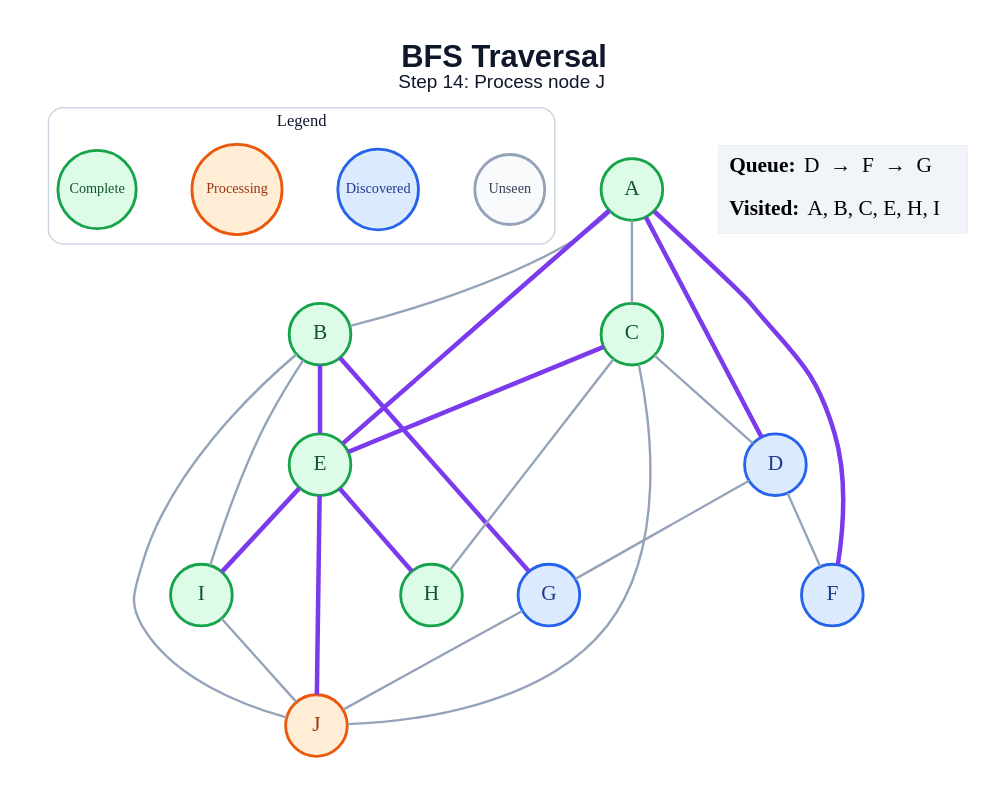
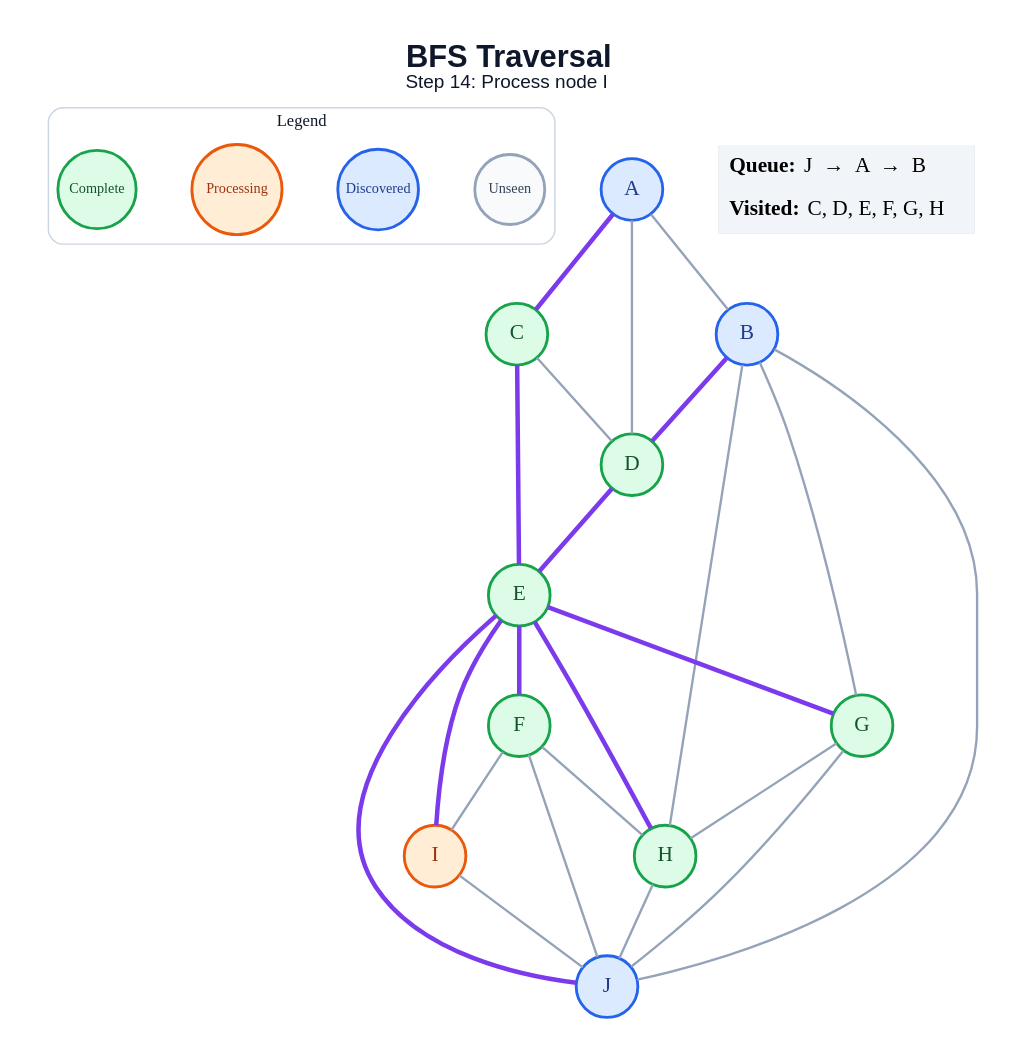
Before and after one commit to amanghodawala9/ai-slop: the diagram in generated/specific-node/bfs/step_14.dot, drawn with Graphviz. The commit also changed 178 other files, not shown here.

```diff
--- a/generated/specific-node/bfs/step_14.dot
+++ b/generated/specific-node/bfs/step_14.dot
@@ -1,49 +1,51 @@
 graph traversal {
   graph [layout=dot, rankdir=TB, bgcolor="#FFFFFF", pad="0.35", nodesep="0.65", ranksep="0.8", fontname="Arial"];
   node [shape=circle, style="filled", fontname="Arial Bold", fontsize=18, width=0.72, fixedsize=true, penwidth=2.4];
   edge [color="#94A3B8", penwidth=2.0];
-  label=<<B>BFS Traversal</B><BR/><FONT POINT-SIZE="16">Step 14: Process node J</FONT>>; labelloc="t"; fontsize=26; fontname="Arial"; fontcolor="#0F172A";
+  label=<<B>BFS Traversal</B><BR/><FONT POINT-SIZE="16">Step 14: Process node I</FONT>>; labelloc="t"; fontsize=26; fontname="Arial"; fontcolor="#0F172A";
   subgraph cluster_legend { label="Legend"; color="#CBD5E1"; penwidth=1.2; style="rounded"; fontsize=14; fontname="Arial Bold";
     key_unseen [label="Unseen", fillcolor="#F8FAFC", color="#94A3B8", fontcolor="#334155", fontsize=12, width=0.82];
     key_frontier [label="Discovered", fillcolor="#DBEAFE", color="#2563EB", fontcolor="#1E3A8A", fontsize=12, width=0.95];
     key_current [label="Processing", fillcolor="#FFEDD5", color="#EA580C", fontcolor="#9A3412", fontsize=12, width=1.05];
     key_done [label="Complete", fillcolor="#DCFCE7", color="#16A34A", fontcolor="#14532D", fontsize=12, width=0.92];
     { rank=same; key_unseen; key_frontier; key_current; key_done; }
   }
-  A [fillcolor="#DCFCE7", color="#16A34A", fontcolor="#14532D"];
-  B [fillcolor="#DCFCE7", color="#16A34A", fontcolor="#14532D"];
+  A [fillcolor="#DBEAFE", color="#2563EB", fontcolor="#1E3A8A"];
+  B [fillcolor="#DBEAFE", color="#2563EB", fontcolor="#1E3A8A"];
   C [fillcolor="#DCFCE7", color="#16A34A", fontcolor="#14532D"];
-  D [fillcolor="#DBEAFE", color="#2563EB", fontcolor="#1E3A8A"];
+  D [fillcolor="#DCFCE7", color="#16A34A", fontcolor="#14532D"];
   E [fillcolor="#DCFCE7", color="#16A34A", fontcolor="#14532D"];
-  F [fillcolor="#DBEAFE", color="#2563EB", fontcolor="#1E3A8A"];
-  G [fillcolor="#DBEAFE", color="#2563EB", fontcolor="#1E3A8A"];
+  F [fillcolor="#DCFCE7", color="#16A34A", fontcolor="#14532D"];
+  G [fillcolor="#DCFCE7", color="#16A34A", fontcolor="#14532D"];
   H [fillcolor="#DCFCE7", color="#16A34A", fontcolor="#14532D"];
-  I [fillcolor="#DCFCE7", color="#16A34A", fontcolor="#14532D"];
-  J [fillcolor="#FFEDD5", color="#EA580C", fontcolor="#9A3412"];
+  I [fillcolor="#FFEDD5", color="#EA580C", fontcolor="#9A3412"];
+  J [fillcolor="#DBEAFE", color="#2563EB", fontcolor="#1E3A8A"];
   A -- B;
-  A -- C;
-  A -- D [color="#7C3AED", penwidth=3.8];
-  A -- E [color="#7C3AED", penwidth=3.8];
-  A -- F [color="#7C3AED", penwidth=3.8];
-  B -- E [color="#7C3AED", penwidth=3.8];
-  B -- G [color="#7C3AED", penwidth=3.8];
-  B -- I;
+  A -- C [color="#7C3AED", penwidth=3.8];
+  A -- D;
+  B -- D [color="#7C3AED", penwidth=3.8];
+  B -- G;
+  B -- H;
   B -- J;
   C -- D;
   C -- E [color="#7C3AED", penwidth=3.8];
-  C -- H;
-  C -- J;
-  D -- F;
-  D -- G;
+  D -- E [color="#7C3AED", penwidth=3.8];
+  E -- F [color="#7C3AED", penwidth=3.8];
+  E -- G [color="#7C3AED", penwidth=3.8];
   E -- H [color="#7C3AED", penwidth=3.8];
   E -- I [color="#7C3AED", penwidth=3.8];
   E -- J [color="#7C3AED", penwidth=3.8];
+  F -- H;
+  F -- I;
+  F -- J;
+  G -- H;
   G -- J;
+  H -- J;
   I -- J;
   status [shape=plain, fixedsize=false, width=0, height=0, margin=0, label=<
     <TABLE BORDER="0" CELLBORDER="0" CELLPADDING="7" BGCOLOR="#F1F5F9">
-      <TR><TD ALIGN="LEFT"><B>Queue:</B> D  →  F  →  G</TD></TR>
-      <TR><TD ALIGN="LEFT"><B>Visited:</B> A, B, C, E, H, I</TD></TR>
+      <TR><TD ALIGN="LEFT"><B>Queue:</B> J  →  A  →  B</TD></TR>
+      <TR><TD ALIGN="LEFT"><B>Visited:</B> C, D, E, F, G, H</TD></TR>
     </TABLE>
   >];
 }
```
